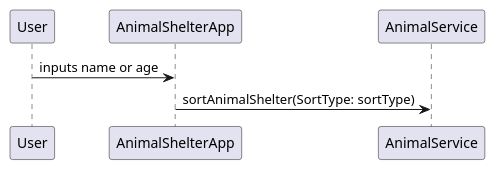
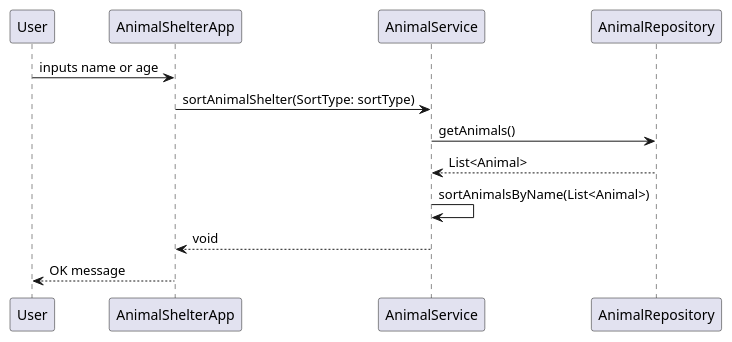
The second of 3 diagrams in analysis/sequence_sortanimals.puml (intec-cmanuel/java_september_2023_analysis), drawn with PlantUML before and after one commit. The commit also changed other lines of this file and 8 other files, not shown here.

```diff
--- a/analysis/sequence_sortanimals.puml
+++ b/analysis/sequence_sortanimals.puml
@@ -1,7 +21,12 @@
 @startuml
 
 User -> AnimalShelterApp : inputs name or age
 AnimalShelterApp -> AnimalService : sortAnimalShelter(SortType: sortType)
+AnimalService -> AnimalRepository : getAnimals()
+AnimalService <-- AnimalRepository : List<Animal>
+AnimalService -> AnimalService : sortAnimalsByName(List<Animal>)
+AnimalShelterApp <-- AnimalService : void
+User <-- AnimalShelterApp : OK message
 
 
 @enduml
```
